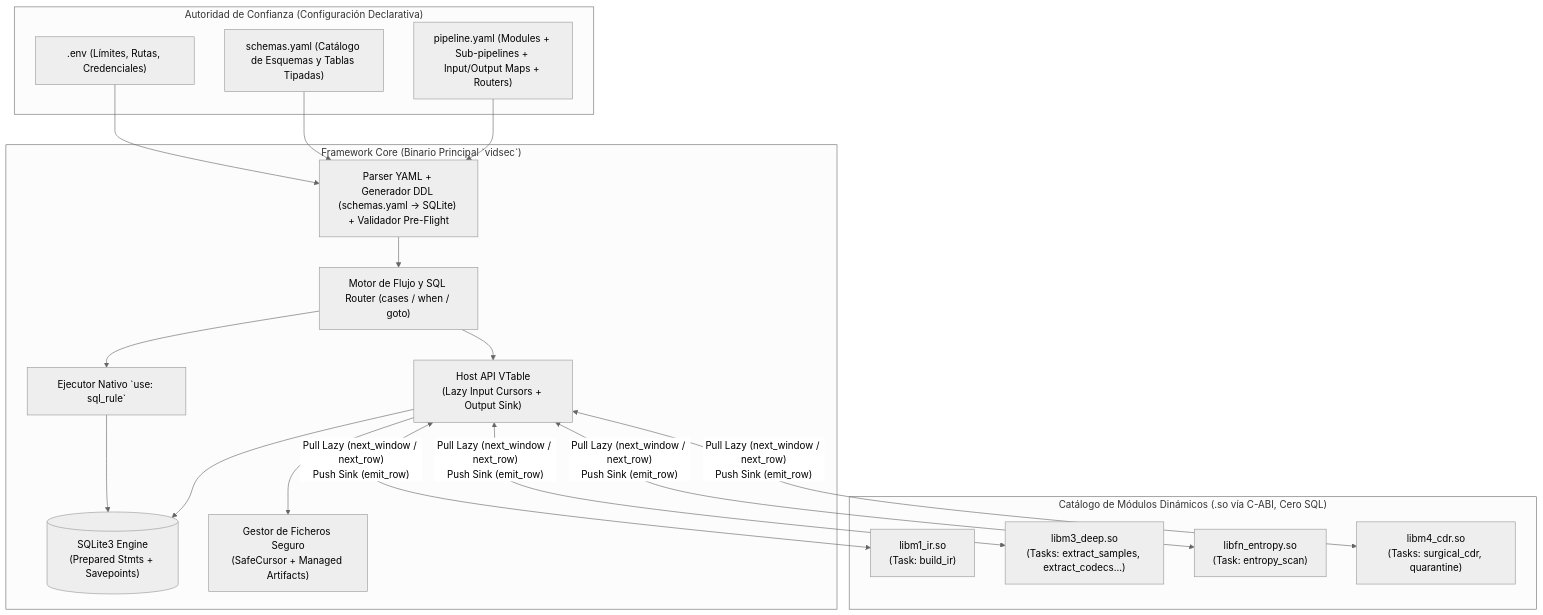
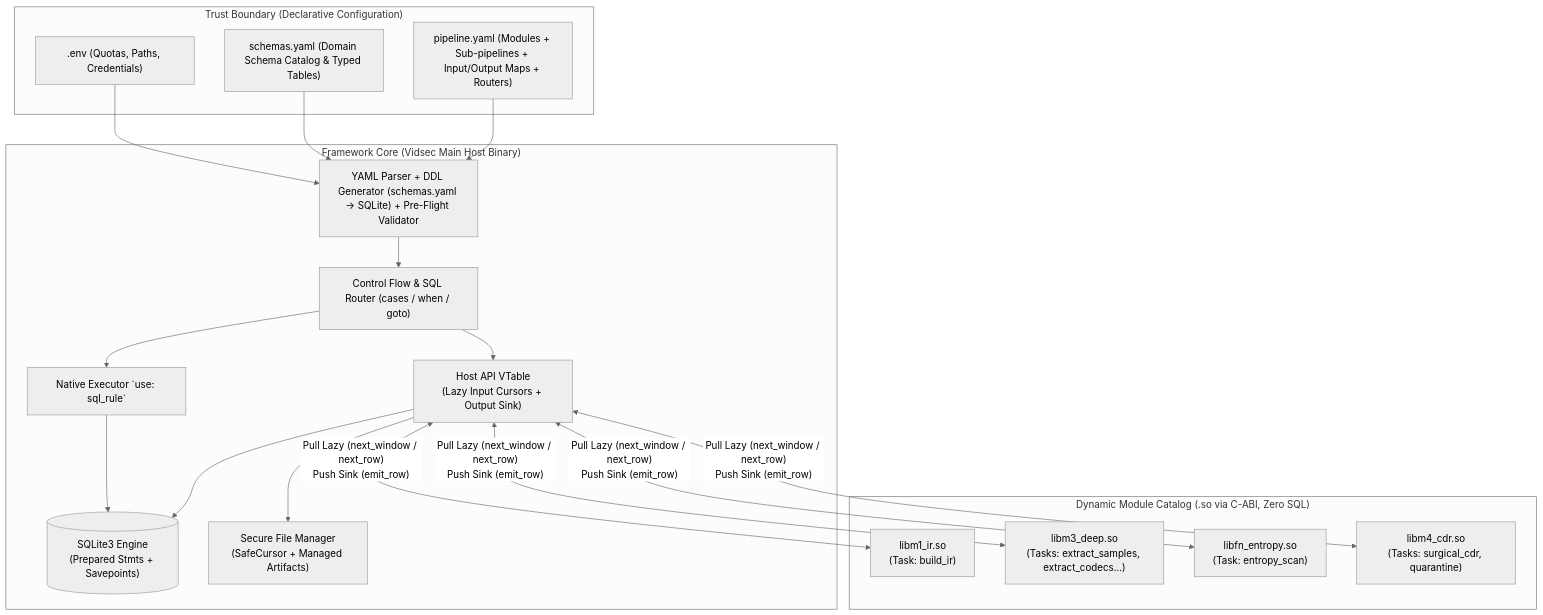
Before and after one commit to g-gar/vidsec: the first of 3 diagrams in v2/framework.md, drawn with Mermaid (neutral theme). The commit also changed other lines of this file and 12 other files, not shown here.

````diff
--- a/v2/framework.md
+++ b/v2/framework.md
@@ -9,33 +9,33 @@
 ```mermaid
 flowchart TB
-    subgraph TrustBoundary ["Autoridad de Confianza (Configuración Declarativa)"]
-        ENV[".env (Límites, Rutas, Credenciales)"]
-        SCHEMAS["schemas.yaml (Catálogo de Esquemas y Tablas Tipadas)"]
+    subgraph TrustBoundary ["Trust Boundary (Declarative Configuration)"]
+        ENV[".env (Quotas, Paths, Credentials)"]
+        SCHEMAS["schemas.yaml (Domain Schema Catalog & Typed Tables)"]
         YAML["pipeline.yaml (Modules + Sub-pipelines + Input/Output Maps + Routers)"]
     end
 
-    subgraph Host ["Framework Core (Binario Principal `vidsec`)"]
-        Parser["Parser YAML + Generador DDL (schemas.yaml -> SQLite) + Validador Pre-Flight"]
-        Router["Motor de Flujo y SQL Router (cases / when / goto)"]
-        SqlRule["Ejecutor Nativo `use: sql_rule`"]
+    subgraph Host ["Framework Core (Vidsec Main Host Binary)"]
+        Parser["YAML Parser + DDL Generator (schemas.yaml -> SQLite) + Pre-Flight Validator"]
+        Router["Control Flow & SQL Router (cases / when / goto)"]
+        SqlRule["Native Executor `use: sql_rule`"]
         DB[("SQLite3 Engine\n(Prepared Stmts + Savepoints)")]
-        FS["Gestor de Ficheros Seguro\n(SafeCursor + Managed Artifacts)"]
+        FS["Secure File Manager\n(SafeCursor + Managed Artifacts)"]
         HostAPI["Host API VTable\n(Lazy Input Cursors + Output Sink)"]
     end
 
-    subgraph Plugins ["Catálogo de Módulos Dinámicos (.so vía C-ABI, Cero SQL)"]
+    subgraph Plugins ["Dynamic Module Catalog (.so via C-ABI, Zero SQL)"]
         ModIR["libm1_ir.so\n(Task: build_ir)"]
         ModDeep["libm3_deep.so\n(Tasks: extract_samples, extract_codecs...)"]
         ModEntropy["libfn_entropy.so\n(Task: entropy_scan)"]
         ModCDR["libm4_cdr.so\n(Tasks: surgical_cdr, quarantine)"]
     end
 
     ENV & SCHEMAS & YAML --> Parser
     Parser --> Router
     Router --> SqlRule
     SqlRule --> DB
     Router --> HostAPI
     HostAPI <-->|"Pull Lazy (next_window / next_row)\nPush Sink (emit_row)"| ModIR & ModDeep & ModEntropy & ModCDR
     HostAPI --> DB
     HostAPI --> FS
 ```
````
